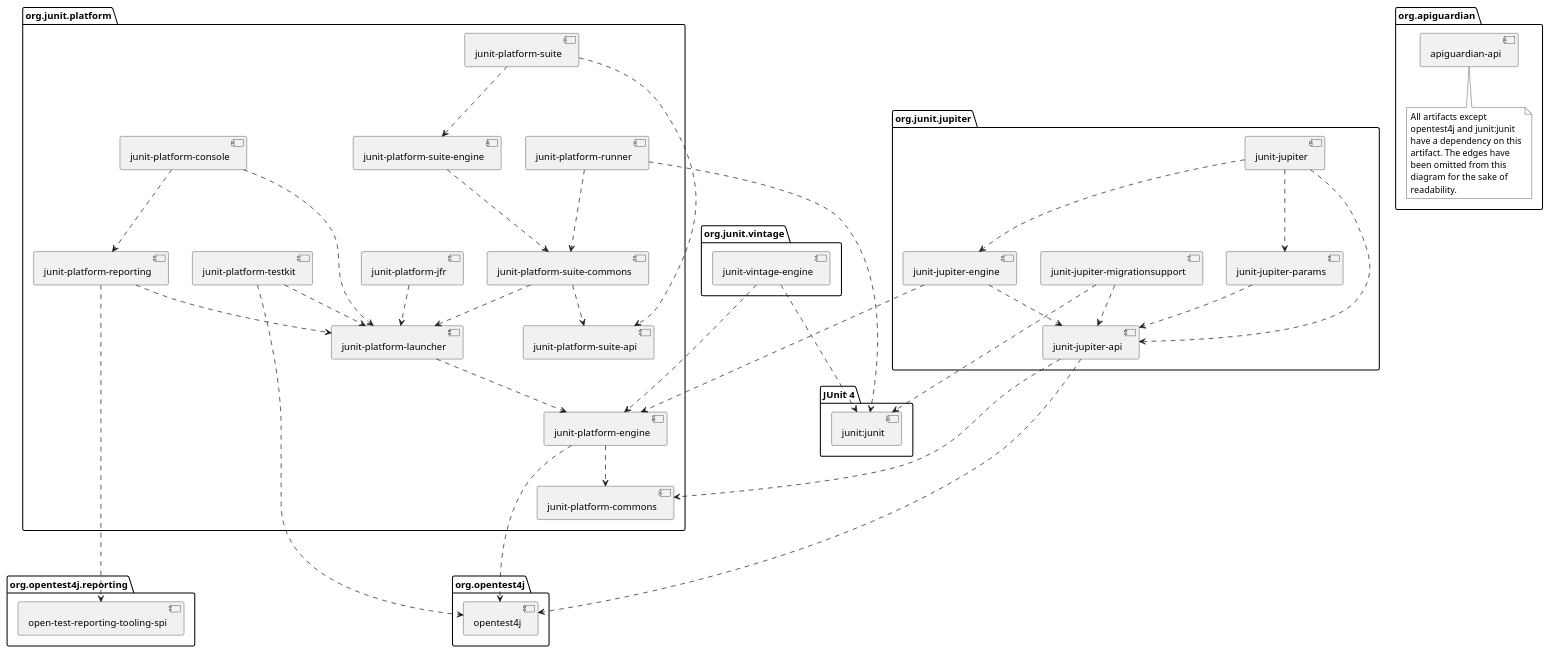
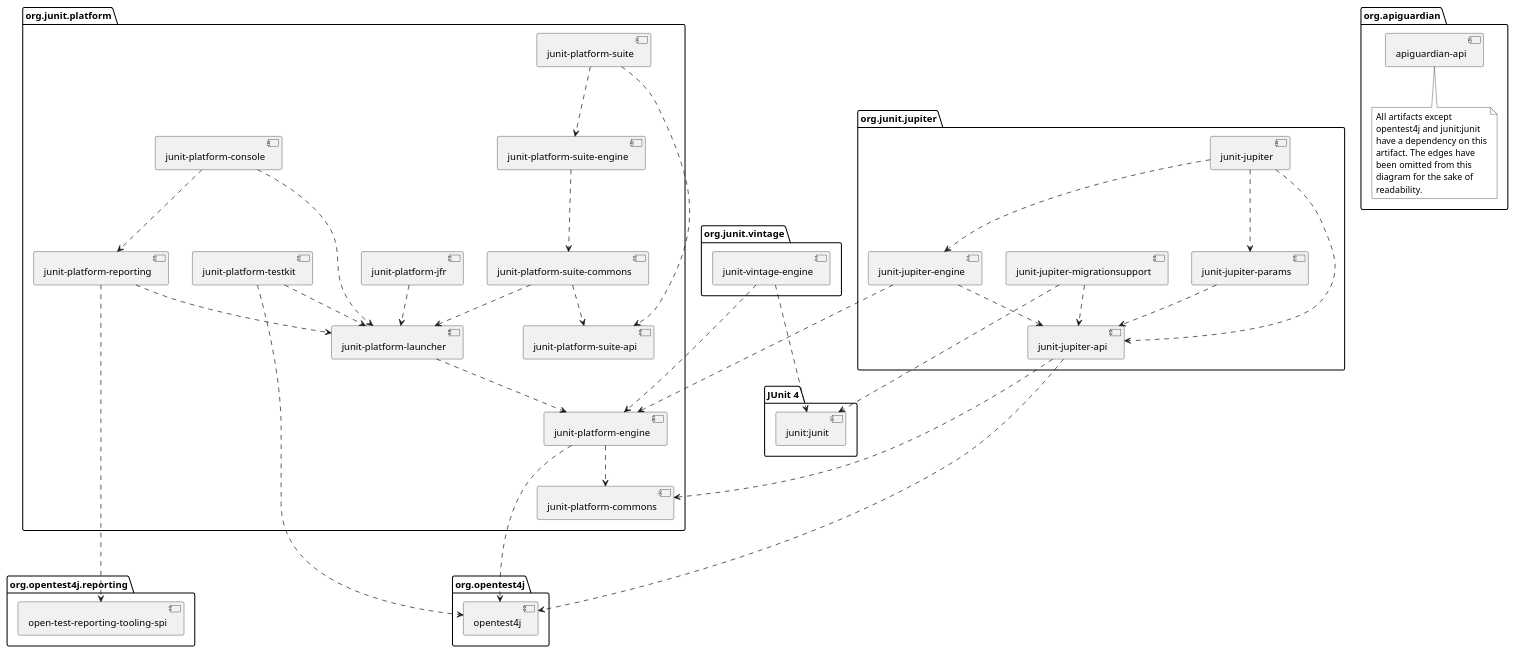
The diagram in documentation/src/plantuml/component-diagram.puml (junit-team/junit5), drawn with PlantUML before and after one commit. The commit also changed 52 other files, not shown here.

Commit message:
Delete deprecated `junit-platform-runner` module

```diff
--- a/documentation/src/plantuml/component-diagram.puml
+++ b/documentation/src/plantuml/component-diagram.puml
@@ -1,103 +1,99 @@
 @startuml
 
 skinparam {
     defaultFontName sans-serif
 }
 
 package org.junit.jupiter {
     [junit-jupiter] as jupiter
     [junit-jupiter-api] as jupiter_api
     [junit-jupiter-engine] as jupiter_engine
     [junit-jupiter-params] as jupiter_params
     [junit-jupiter-migrationsupport] as jupiter_migration_support
 }
 
 package org.junit.vintage {
     [junit-vintage-engine] as vintage_engine
 }
 
 package org.junit.platform {
     [junit-platform-commons] as commons
     [junit-platform-console] as console
     [junit-platform-engine] as engine
     [junit-platform-jfr] as jfr
     [junit-platform-launcher] as launcher
     [junit-platform-reporting] as reporting
-    [junit-platform-runner] as runner
     [junit-platform-suite] as suite
     [junit-platform-suite-api] as suite_api
     [junit-platform-suite-commons] as suite_commons
     [junit-platform-suite-engine] as suite_engine
     [junit-platform-testkit] as testkit
 }
 
 package "JUnit 4" {
     [junit:junit] as junit4
 }
 
 package org.opentest4j {
     [opentest4j]
 }
 
 package org.opentest4j.reporting {
     [open-test-reporting-tooling-spi] as otr_tooling_spi
 }
 
 package org.apiguardian {
     [apiguardian-api] as apiguardian
     note bottom of apiguardian #white
         All artifacts except
         opentest4j and junit:junit
         have a dependency on this
         artifact. The edges have
         been omitted from this
         diagram for the sake of
         readability.
     endnote
 }
 
 jupiter ..> jupiter_api
 jupiter ..> jupiter_params
 jupiter ..> jupiter_engine
 
 jupiter_api ....> opentest4j
 jupiter_api ...> commons
 
 jupiter_engine ...> engine
 jupiter_engine ..> jupiter_api
 
 jupiter_params ..> jupiter_api
 jupiter_migration_support ..> jupiter_api
 jupiter_migration_support ...> junit4
 
 console ..> launcher
 console ..> reporting
 
 launcher ..> engine
 
 jfr ..> launcher
 
 engine ....> opentest4j
 engine ..> commons
 
 reporting ..> launcher
 reporting ......> otr_tooling_spi
 
-runner ..> suite_commons
-runner ...> junit4
-
 suite ..> suite_api
 suite ..> suite_engine
 
 suite_engine ..> suite_commons
 
 suite_commons ..> launcher
 suite_commons ..> suite_api
 
 testkit ....> opentest4j
 testkit ..> launcher
 
 vintage_engine ...> engine
 vintage_engine ..> junit4
 
 @enduml
```
